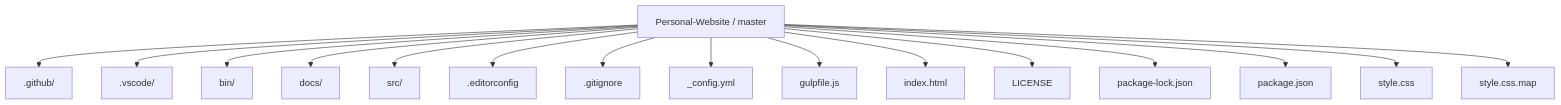
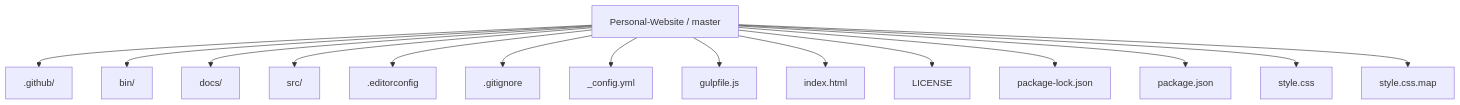
Before and after one commit to Nischhalsubba/Personal-Website: the first of 5 diagrams in README.md, drawn with Mermaid. The commit also changed other lines of this file, not shown here.

````diff
--- a/README.md
+++ b/README.md
@@ -23,19 +57,18 @@
 ```mermaid
 flowchart TD
     ROOT["Personal-Website / master"]
     ROOT --> P0[".github/"]
-    ROOT --> P1[".vscode/"]
-    ROOT --> P2["bin/"]
-    ROOT --> P3["docs/"]
-    ROOT --> P4["src/"]
-    ROOT --> P5[".editorconfig"]
-    ROOT --> P6[".gitignore"]
-    ROOT --> P7["_config.yml"]
-    ROOT --> P8["gulpfile.js"]
-    ROOT --> P9["index.html"]
-    ROOT --> P10["LICENSE"]
-    ROOT --> P11["package-lock.json"]
-    ROOT --> P12["package.json"]
-    ROOT --> P13["style.css"]
-    ROOT --> P14["style.css.map"]
+    ROOT --> P1["bin/"]
+    ROOT --> P2["docs/"]
+    ROOT --> P3["src/"]
+    ROOT --> P4[".editorconfig"]
+    ROOT --> P5[".gitignore"]
+    ROOT --> P6["_config.yml"]
+    ROOT --> P7["gulpfile.js"]
+    ROOT --> P8["index.html"]
+    ROOT --> P9["LICENSE"]
+    ROOT --> P10["package-lock.json"]
+    ROOT --> P11["package.json"]
+    ROOT --> P12["style.css"]
+    ROOT --> P13["style.css.map"]
 ```
````
